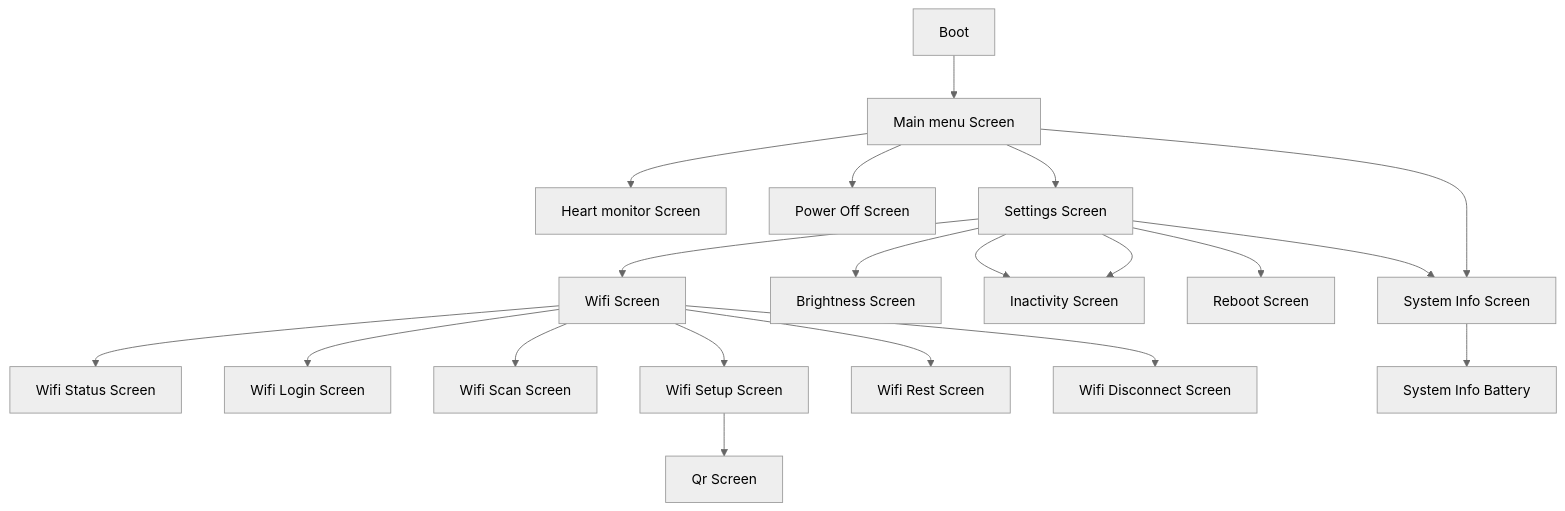
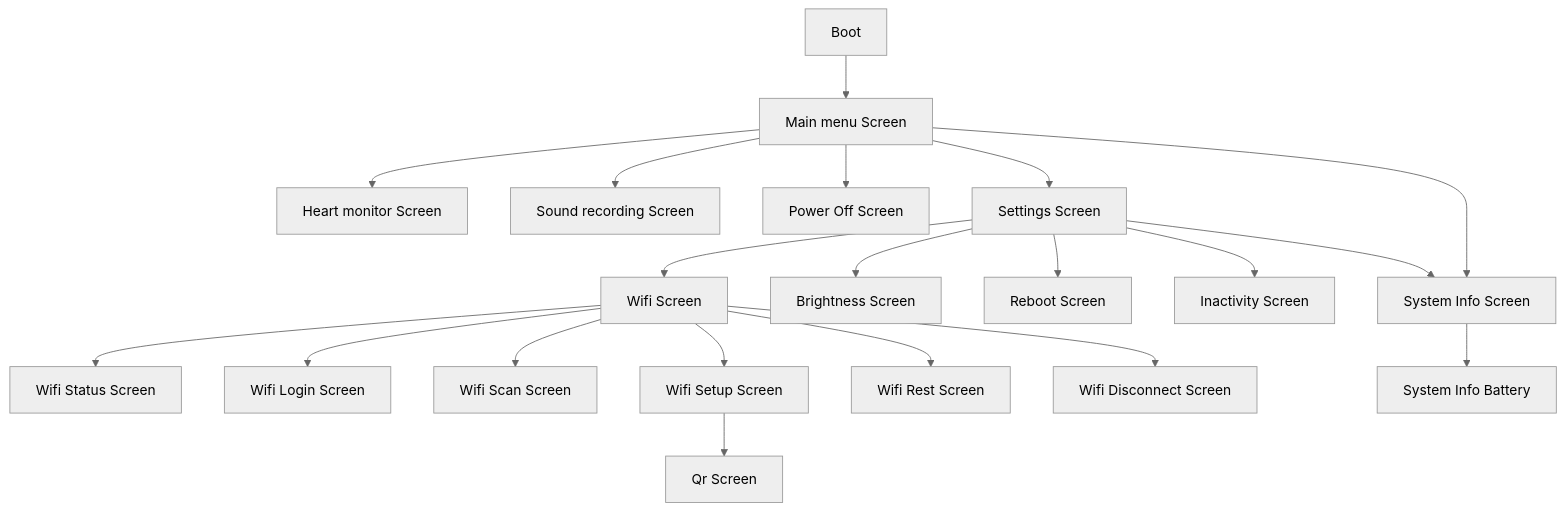
The third of 3 diagrams in README.md (SherifBasem/Smart_Stethoscope_V3.2), drawn with Mermaid (neutral theme) before and after one commit. The commit also changed other lines of this file and 6 other files, not shown here.

````diff
--- a/README.md
+++ b/README.md
@@ -153,27 +164,27 @@
 ```mermaid
 flowchart
   Boot --> MainMenu[Main menu Screen]
 
   MainMenu --> heart[Heart monitor Screen]
+  MainMenu --> lung[Sound recording Screen]
   MainMenu --> info[System Info Screen]
   MainMenu --> off[Power Off Screen]
   MainMenu --> settings[Settings Screen]
 
   settings --> brightness[Brightness Screen]
-  settings --> inactivity[Inactivity Screen]
   settings --> reboot[Reboot Screen]
   settings --> inactivity[Inactivity Screen]
   settings --> wifi[Wifi Screen]
   settings --> info
 
   wifi --> Wsta[Wifi Status Screen]
   wifi --> Wl[Wifi Login Screen]
   wifi --> Wsca[Wifi Scan Screen]
   wifi --> Wset[Wifi Setup Screen]
   wifi --> Wr[Wifi Rest Screen]
   wifi --> Wd[Wifi Disconnect Screen]
 
   Wset --> qrScreen[Qr Screen]
 
   info --> infoBat[System Info Battery]
 ```
````
